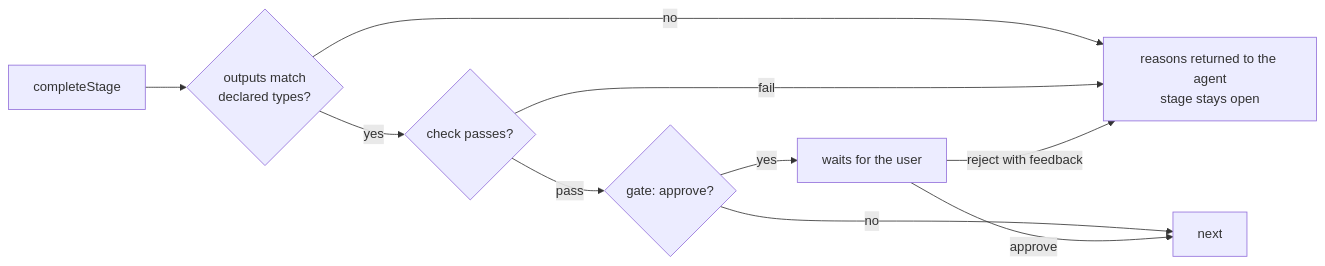
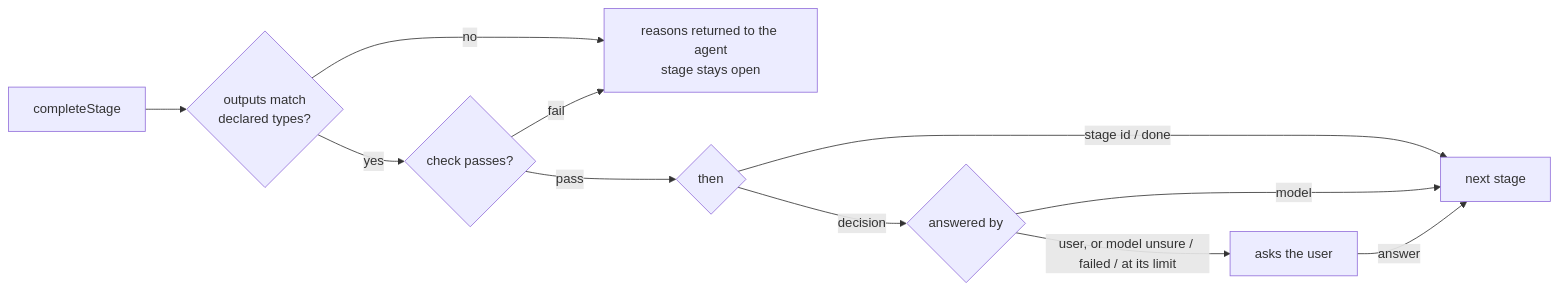
One commit to Kapps/weavie changed the diagram in docs/specs/workflows.md. Above: the diagram before and after it, drawn with Mermaid. The commit also changed other lines of this file and 34 other files, not shown here.

First line of the commit message:
Workflows: run/if/then vocabulary, user-answered decisions, per-pass limits, stage summaries

````diff
--- a/docs/specs/workflows.md
+++ b/docs/specs/workflows.md
@@ -217,12 +233,13 @@
 ```mermaid
 flowchart LR
   C[completeStage] --> O{outputs match<br/>declared types?}
   O -- no --> R[reasons returned to the agent<br/>stage stays open]
   O -- yes --> K{check passes?}
   K -- fail --> R
-  K -- pass --> G{gate: approve?}
-  G -- yes --> W[waits for the user]
-  G -- no --> N[next]
-  W -- approve --> N
-  W -- reject with feedback --> R
+  K -- pass --> T{then}
+  T -- stage id / done --> N[next stage]
+  T -- decision --> D{answered by}
+  D -- model --> N
+  D -- "user, or model unsure / failed / at its limit" --> U[asks the user]
+  U -- answer --> N
 ```
````
